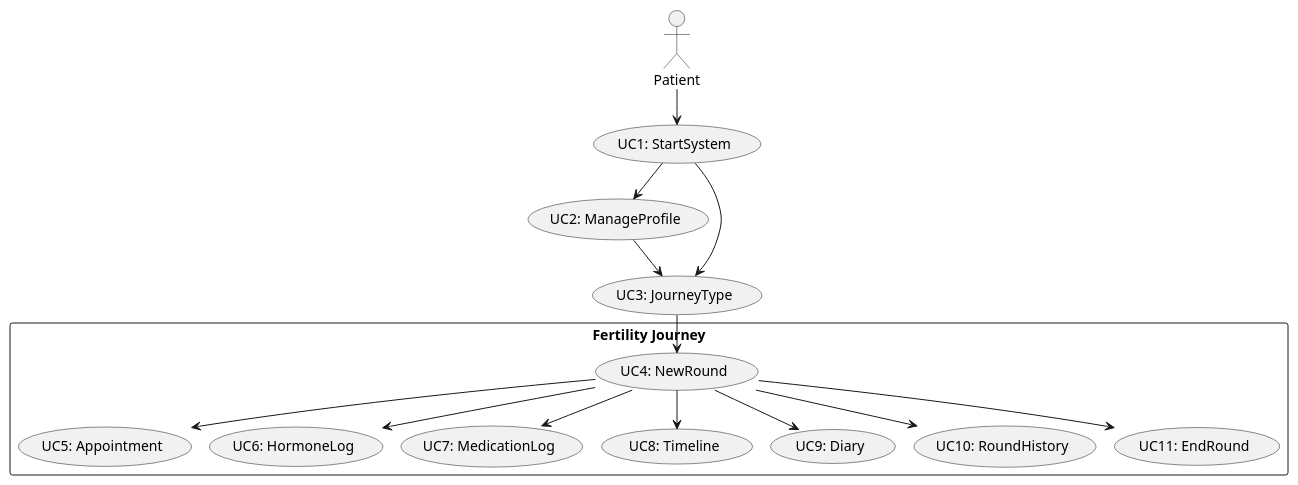
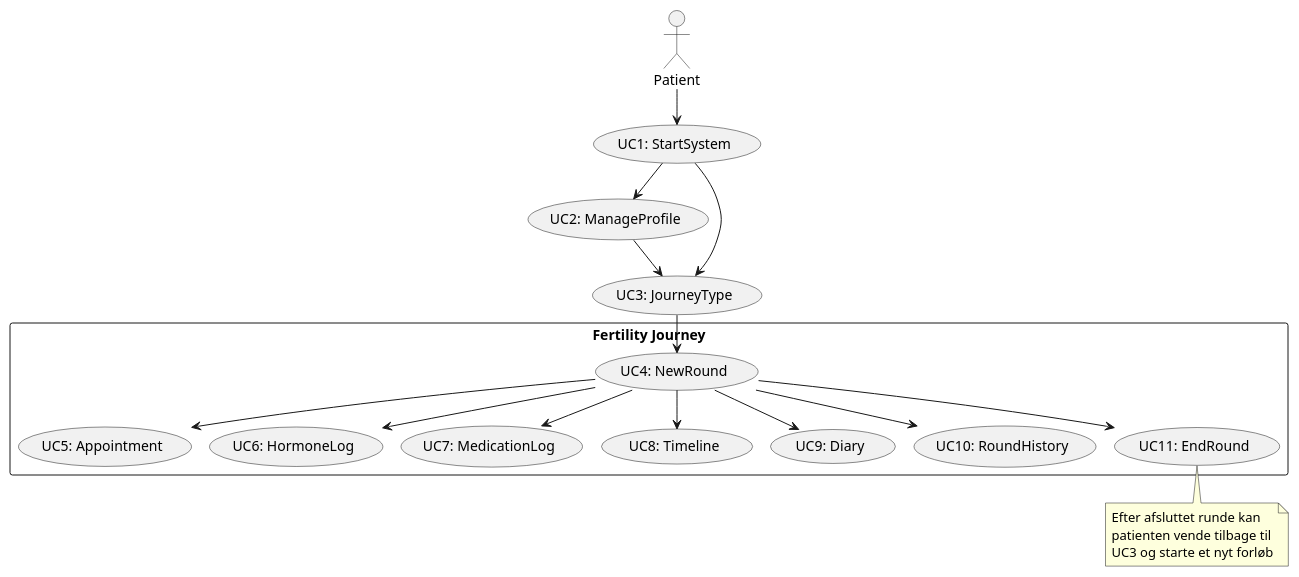
The diagram in doc/dynamic/usecase.puml (BesimaP/PET-2.semester-Simpl), drawn with PlantUML before and after one commit. The commit also changed 1 other file, not shown here.

Commit message:
Ret IVF til fertility round for konsistens (sekvens diagram usecase 4)

```diff
--- a/doc/dynamic/usecase.puml
+++ b/doc/dynamic/usecase.puml
@@ -1,35 +1,41 @@
 @startuml
 !pragma layout smetana
 
 actor "Patient" as u
 
 usecase "UC1: StartSystem" as UC1
 usecase "UC2: ManageProfile" as UC2
 usecase "UC3: JourneyType" as UC3
 
 rectangle "Fertility Journey" {
   usecase "UC4: NewRound" as UC4
   usecase "UC5: Appointment" as UC5
   usecase "UC6: HormoneLog" as UC6
   usecase "UC7: MedicationLog" as UC7
   usecase "UC8: Timeline" as UC8
   usecase "UC9: Diary" as UC9
   usecase "UC10: RoundHistory" as UC10
   usecase "UC11: EndRound" as UC11
 }
 
 u --> UC1
 
 UC1 --> UC2
 UC1 --> UC3
 UC2 --> UC3
 UC3 --> UC4
 UC4 --> UC5
 UC4 --> UC6
 UC4 --> UC7
 UC4 --> UC8
 UC4 --> UC9
 UC4 --> UC10
 UC4 --> UC11
 
+note bottom of UC11
+  Efter afsluttet runde kan
+  patienten vende tilbage til
+  UC3 og starte et nyt forløb
+end note
+
 @enduml
```
